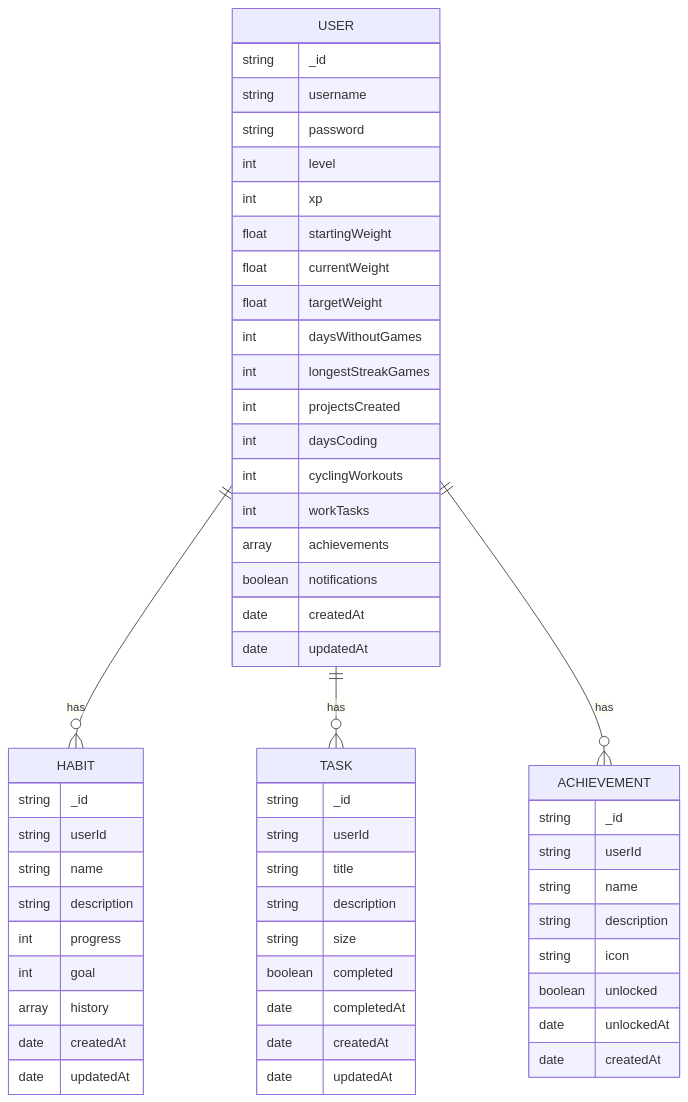
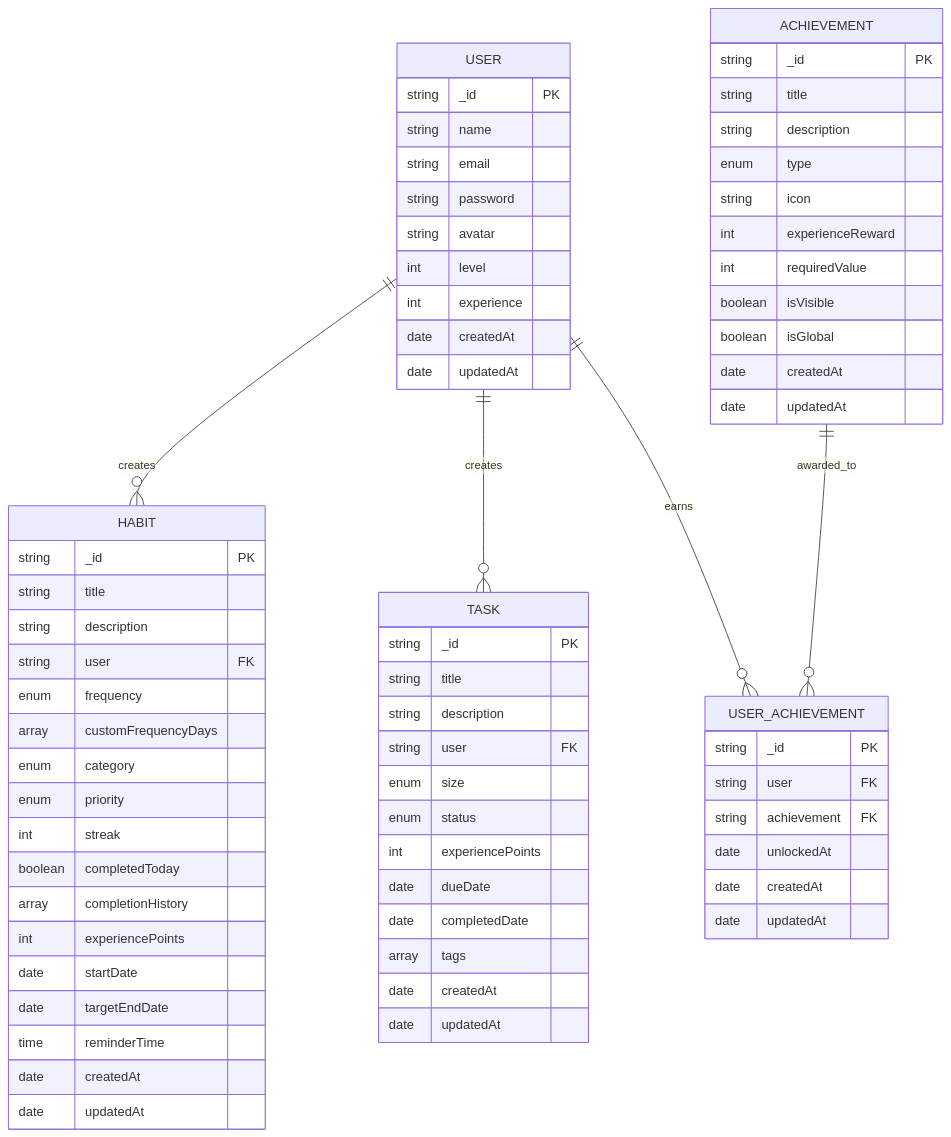
One commit to CY8ERPUNK1984/habit-game changed the seventh of 15 diagrams in docs/architecture.md. Above: the diagram before and after it, drawn with Mermaid. The commit also changed other lines of this file and 1 other file, not shown here.

````diff
--- a/docs/architecture.md
+++ b/docs/architecture.md
@@ -117,62 +293,77 @@
 ```mermaid
 erDiagram
     USER {
-        string _id
-        string username
+        string _id PK
+        string name
+        string email
         string password
+        string avatar
         int level
-        int xp
-        float startingWeight
-        float currentWeight
-        float targetWeight
-        int daysWithoutGames
-        int longestStreakGames
-        int projectsCreated
-        int daysCoding
-        int cyclingWorkouts
-        int workTasks
-        array achievements
-        boolean notifications
+        int experience
         date createdAt
         date updatedAt
     }
     
     HABIT {
-        string _id
-        string userId
-        string name
+        string _id PK
+        string title
         string description
-        int progress
-        int goal
-        array history
+        string user FK
+        enum frequency
+        array customFrequencyDays
+        enum category
+        enum priority
+        int streak
+        boolean completedToday
+        array completionHistory
+        int experiencePoints
+        date startDate
+        date targetEndDate
+        time reminderTime
         date createdAt
         date updatedAt
     }
     
     TASK {
-        string _id
-        string userId
+        string _id PK
         string title
         string description
-        string size
-        boolean completed
-        date completedAt
+        string user FK
+        enum size
+        enum status
+        int experiencePoints
+        date dueDate
+        date completedDate
+        array tags
         date createdAt
         date updatedAt
     }
     
     ACHIEVEMENT {
-        string _id
-        string userId
-        string name
+        string _id PK
+        string title
         string description
+        enum type
         string icon
-        boolean unlocked
+        int experienceReward
+        int requiredValue
+        boolean isVisible
+        boolean isGlobal
+        date createdAt
+        date updatedAt
+    }
+    
+    USER_ACHIEVEMENT {
+        string _id PK
+        string user FK
+        string achievement FK
         date unlockedAt
         date createdAt
+        date updatedAt
     }
     
-    USER ||--o{ HABIT : has
-    USER ||--o{ TASK : has
-    USER ||--o{ ACHIEVEMENT : has
+    USER ||--o{ HABIT : creates
+    USER ||--o{ TASK : creates
+    USER ||--o{ USER_ACHIEVEMENT : earns
+    ACHIEVEMENT ||--o{ USER_ACHIEVEMENT : awarded_to
 ```
````
